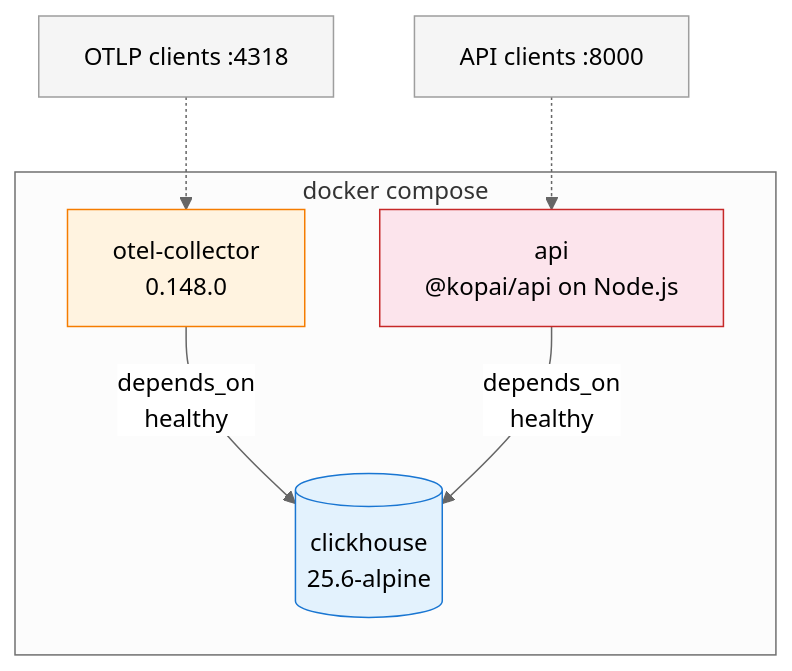
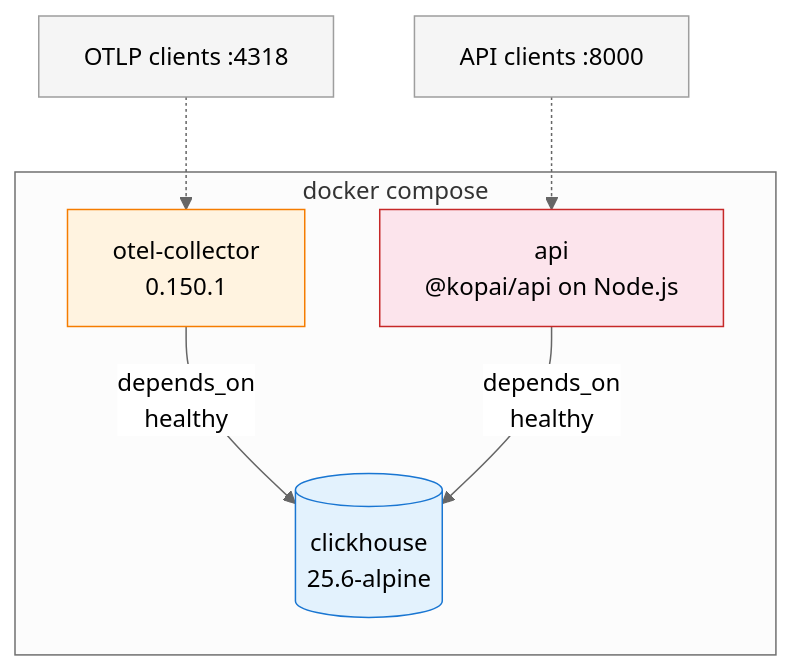
Before and after one commit to kopai-app/kopai-mono: the third of 3 diagrams in examples/clickhouse-observability-backend/README.md, drawn with Mermaid (neutral theme). The commit also changed other lines of this file and 4 other files, not shown here.

````diff
--- a/examples/clickhouse-observability-backend/README.md
+++ b/examples/clickhouse-observability-backend/README.md
@@ -33,20 +33,20 @@
 ```mermaid
 graph TB
     subgraph compose["docker compose"]
         CH[("clickhouse<br/>25.6-alpine")]
-        OC["otel-collector<br/>0.148.0"]
+        OC["otel-collector<br/>0.150.1"]
         API["api<br/>@kopai/api on Node.js"]
     end
 
     OC -->|depends_on<br/>healthy| CH
     API -->|depends_on<br/>healthy| CH
 
     EXT_OTEL["OTLP clients :4318"] -.-> OC
     EXT_API["API clients :8000"] -.-> API
 
     style CH fill:#e3f2fd,stroke:#1976d2
     style OC fill:#fff3e0,stroke:#f57c00
     style API fill:#fce4ec,stroke:#c62828
     style EXT_OTEL fill:#f5f5f5,stroke:#9e9e9e
     style EXT_API fill:#f5f5f5,stroke:#9e9e9e
 ```
````
